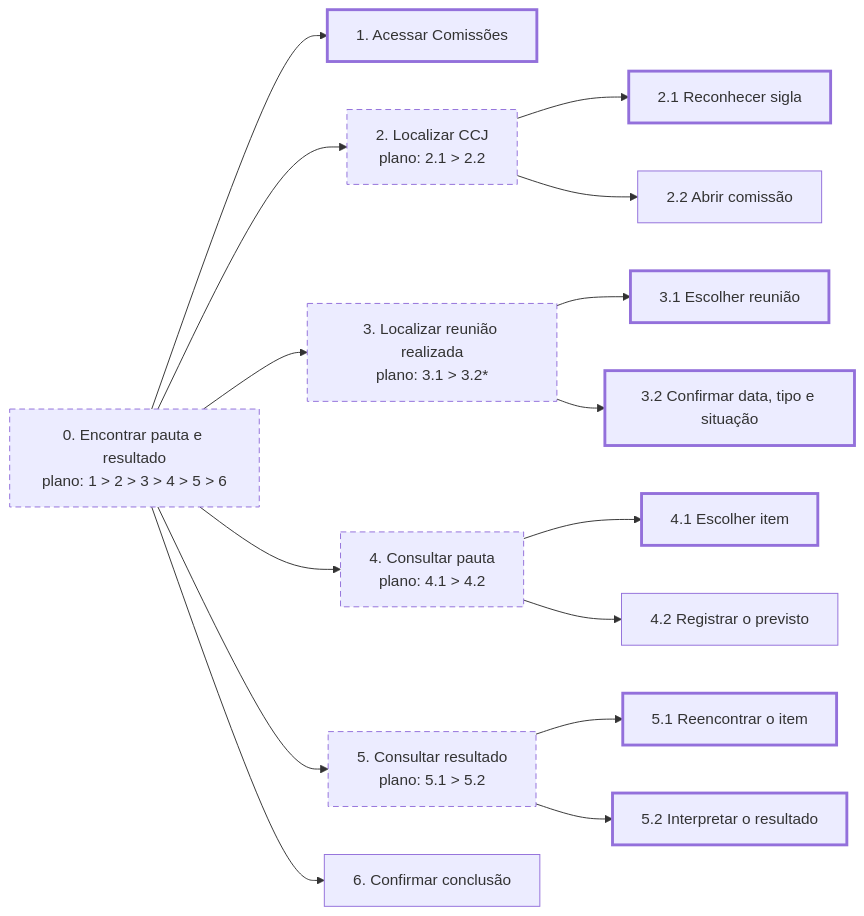
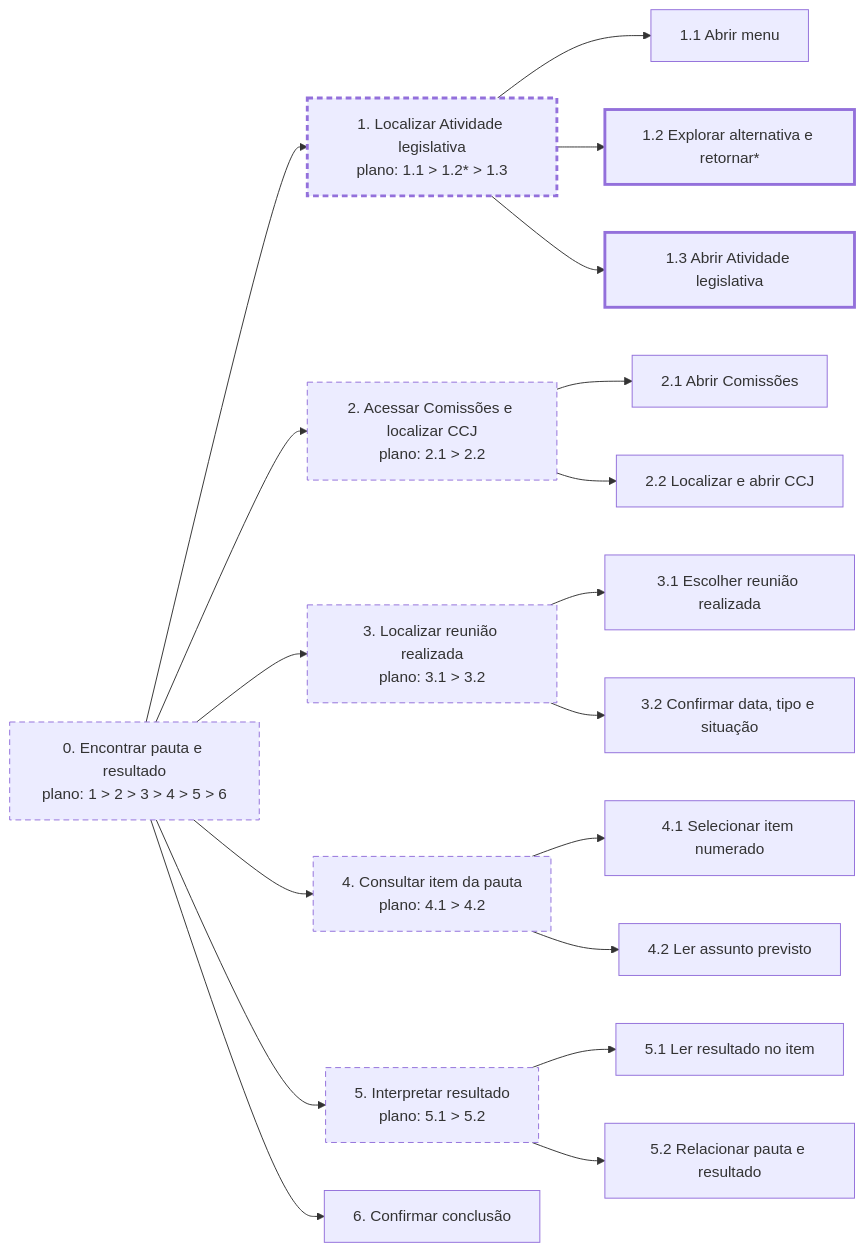
The first of 2 diagrams in docs/entrega-2/individual/luis/analise-tarefas.md (Interacao-Humano-Computador/2026.2-Grupo06), drawn with Mermaid before and after one commit. The commit also changed other lines of this file and 11 other files, not shown here.

````diff
--- a/docs/entrega-2/individual/luis/analise-tarefas.md
+++ b/docs/entrega-2/individual/luis/analise-tarefas.md
@@ -54,36 +54,42 @@
 ```mermaid
 flowchart LR
     T0["0. Encontrar pauta e resultado<br/>plano: 1 > 2 > 3 > 4 > 5 > 6"]
-    T1["1. Acessar Comissões"]
-    T2["2. Localizar CCJ<br/>plano: 2.1 > 2.2"]
-    T3["3. Localizar reunião realizada<br/>plano: 3.1 > 3.2*"]
-    T4["4. Consultar pauta<br/>plano: 4.1 > 4.2"]
-    T5["5. Consultar resultado<br/>plano: 5.1 > 5.2"]
+    T1["1. Localizar Atividade legislativa<br/>plano: 1.1 > 1.2* > 1.3"]
+    T2["2. Acessar Comissões e localizar CCJ<br/>plano: 2.1 > 2.2"]
+    T3["3. Localizar reunião realizada<br/>plano: 3.1 > 3.2"]
+    T4["4. Consultar item da pauta<br/>plano: 4.1 > 4.2"]
+    T5["5. Interpretar resultado<br/>plano: 5.1 > 5.2"]
     T6["6. Confirmar conclusão"]
-    T21["2.1 Reconhecer sigla"]
-    T22["2.2 Abrir comissão"]
-    T31["3.1 Escolher reunião"]
+    T11["1.1 Abrir menu"]
+    T12["1.2 Explorar alternativa e retornar*"]
+    T13["1.3 Abrir Atividade legislativa"]
+    T21["2.1 Abrir Comissões"]
+    T22["2.2 Localizar e abrir CCJ"]
+    T31["3.1 Escolher reunião realizada"]
     T32["3.2 Confirmar data, tipo e situação"]
-    T41["4.1 Escolher item"]
-    T42["4.2 Registrar o previsto"]
-    T51["5.1 Reencontrar o item"]
-    T52["5.2 Interpretar o resultado"]
+    T41["4.1 Selecionar item numerado"]
+    T42["4.2 Ler assunto previsto"]
+    T51["5.1 Ler resultado no item"]
+    T52["5.2 Relacionar pauta e resultado"]
     T0 --> T1
     T0 --> T2
     T0 --> T3
     T0 --> T4
     T0 --> T5
     T0 --> T6
+    T1 --> T11
+    T1 --> T12
+    T1 --> T13
     T2 --> T21
     T2 --> T22
     T3 --> T31
     T3 --> T32
     T4 --> T41
     T4 --> T42
     T5 --> T51
     T5 --> T52
     classDef abstrata stroke-dasharray: 6 4
     classDef verificar stroke-width: 3px
-    class T0,T2,T3,T4,T5 abstrata
-    class T1,T21,T31,T32,T41,T51,T52 verificar
+    class T0,T1,T2,T3,T4,T5 abstrata
+    class T1,T12,T13 verificar
 ```
````
